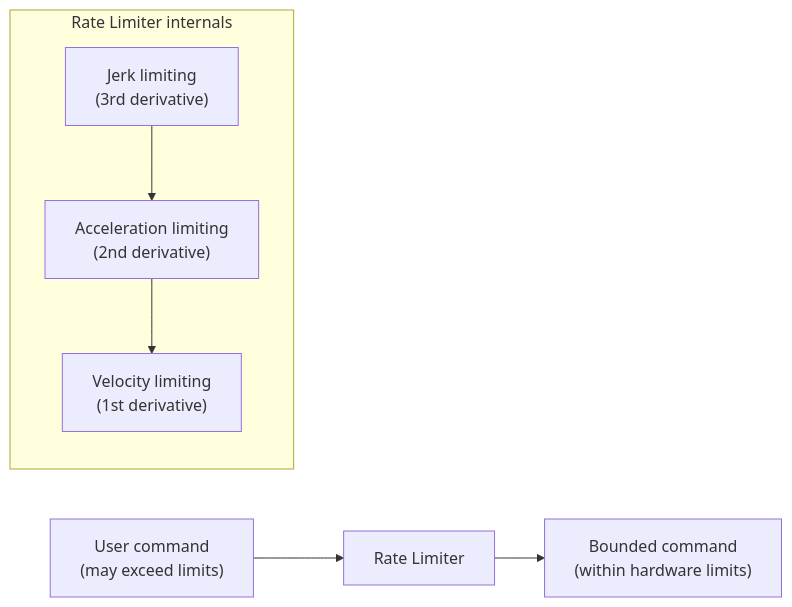
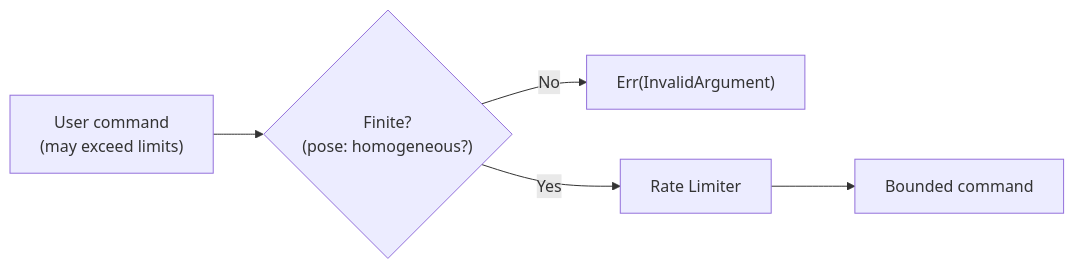
One commit to ColeTen/franka-rs changed the first of 3 diagrams in docs/src/modules/rate-limiting.md. Above: the diagram before and after it, drawn with Mermaid. The commit also changed other lines of this file and 43 other files, not shown here.

````diff
--- a/docs/src/modules/rate-limiting.md
+++ b/docs/src/modules/rate-limiting.md
@@ -7,13 +14,7 @@
 ```mermaid
 flowchart LR
-    CMD["User command<br/>(may exceed limits)"] --> RL["Rate Limiter"]
-    RL --> SAFE["Bounded command<br/>(within hardware limits)"]
-
-    subgraph "Rate Limiter internals"
-        direction TB
-        JERK["Jerk limiting<br/>(3rd derivative)"]
-        ACCEL["Acceleration limiting<br/>(2nd derivative)"]
-        VEL["Velocity limiting<br/>(1st derivative)"]
-        JERK --> ACCEL --> VEL
-    end
+    CMD["User command<br/>(may exceed limits)"] --> CHECK{"Finite?<br/>(pose: homogeneous?)"}
+    CHECK -->|No| ERR["Err(InvalidArgument)"]
+    CHECK -->|Yes| RL["Rate Limiter"]
+    RL --> SAFE["Bounded command"]
 ```
````
